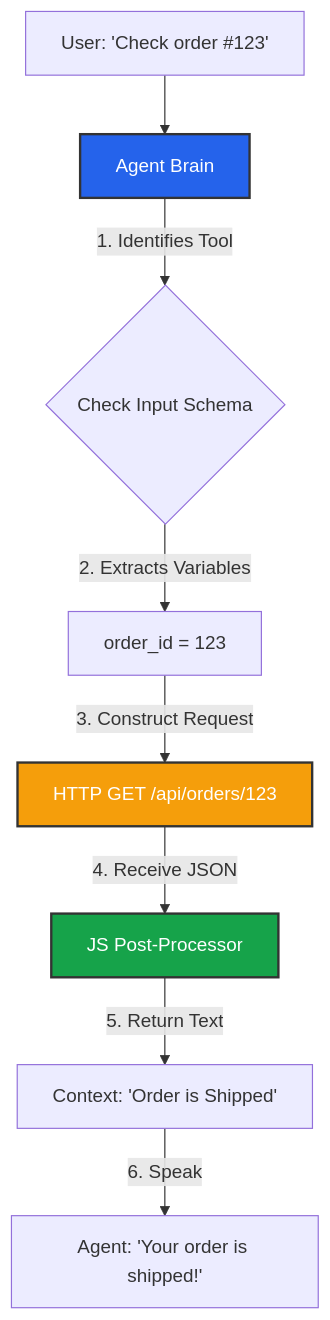
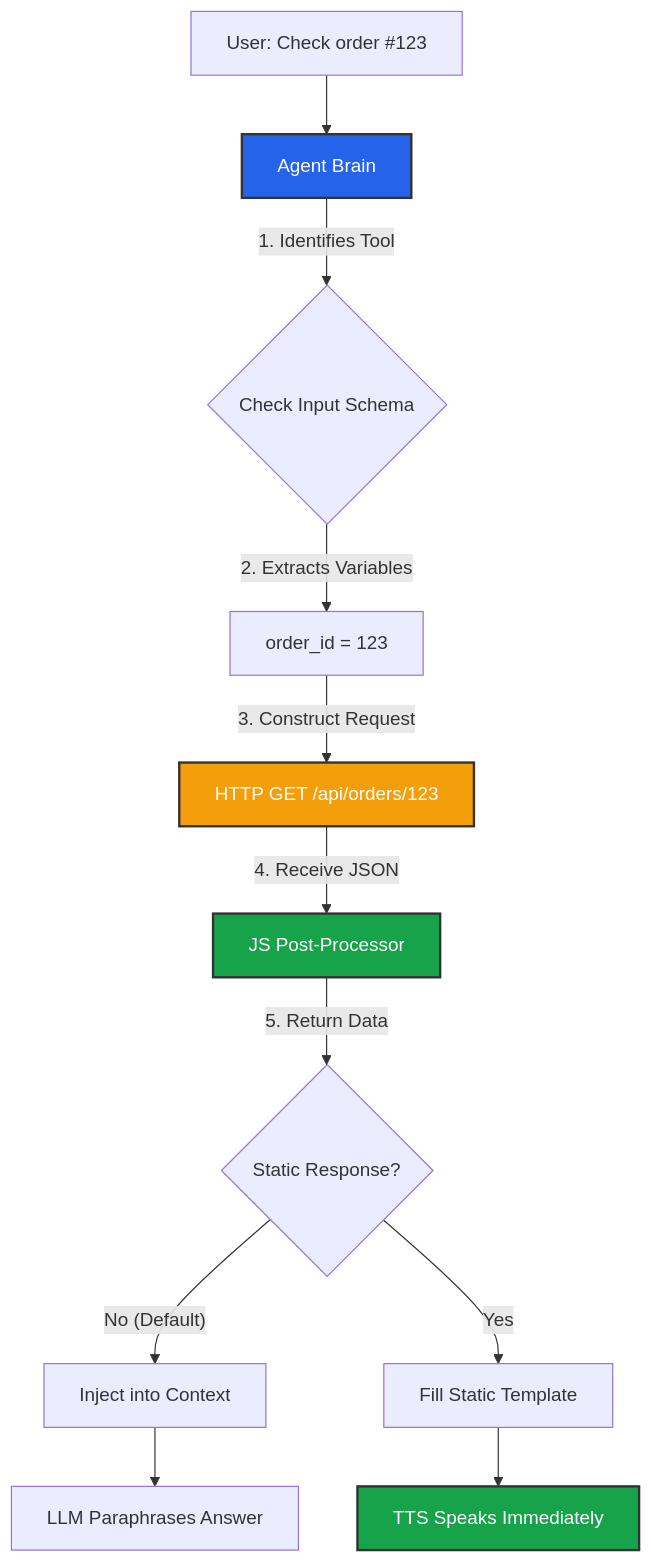
The diagram in content/docs/build/tools/custom-tools.mdx (abdofallah/IqraAI-Docs), drawn with Mermaid before and after one commit. The commit also changed other lines of this file and 12 other files, not shown here.

````diff
--- a/content/docs/build/tools/custom-tools.mdx
+++ b/content/docs/build/tools/custom-tools.mdx
@@ -15,14 +13,20 @@
 ```mermaid
 graph TD
-    User[User: 'Check order #123'] --> Agent[Agent Brain]
+    User["User: Check order #123"] --> Agent[Agent Brain]
     Agent -->|1. Identifies Tool| Schema{Check Input Schema}
     Schema -->|2. Extracts Variables| Vars[order_id = 123]
-    Vars -->|3. Construct Request| HTTP[HTTP GET /api/orders/123]
+    Vars -->|3. Construct Request| HTTP["HTTP GET /api/orders/123"]
     HTTP -->|4. Receive JSON| JS[JS Post-Processor]
-    JS -->|5. Return Text| Context[Context: 'Order is Shipped']
-    Context -->|6. Speak| TTS[Agent: 'Your order is shipped!']
+    JS -->|5. Return Data| Decision{Static Response?}
+    
+    Decision -->|"No (Default)"| Context[Inject into Context]
+    Context --> LLM[LLM Paraphrases Answer]
+    
+    Decision -->|Yes| Template[Fill Static Template]
+    Template --> TTS[TTS Speaks Immediately]
     
     style Agent fill:#2563eb,stroke:#333,stroke-width:2px,color:#fff
     style HTTP fill:#f59e0b,stroke:#333,stroke-width:2px,color:#fff
     style JS fill:#16a34a,stroke:#333,stroke-width:2px,color:#fff
+    style TTS fill:#16a34a,stroke:#333,stroke-width:2px,color:#fff
 ```
````
